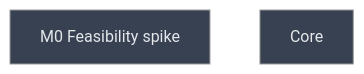
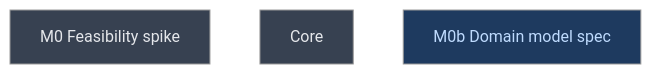
The diagram in __roadmap__/roadmap-mcp-rework/README.md (CrackingShells/cracking-shells-playbook), drawn with Mermaid (neutral theme) before and after one commit. The commit also changed other lines of this file and 8 other files, not shown here.

First line of the commit message:
chore(roadmap): amend the meta-roadmap with the M0b domain model spec

````diff
--- a/__roadmap__/roadmap-mcp-rework/README.md
+++ b/__roadmap__/roadmap-mcp-rework/README.md
@@ -35,10 +36,11 @@
 ```mermaid
 graph TD
     m0_feasibility_spike[M0 Feasibility spike]:::planned
     core[Core]:::planned
+    m0b_domain_model_spec[M0b Domain model spec]:::amendment
     classDef done       fill:#166534,color:#bbf7d0
     classDef inprogress fill:#854d0e,color:#fef08a
     classDef planned    fill:#374151,color:#e5e7eb
     classDef amendment  fill:#1e3a5f,color:#bfdbfe
     classDef blocked    fill:#7f1d1d,color:#fecaca
 ```
````
